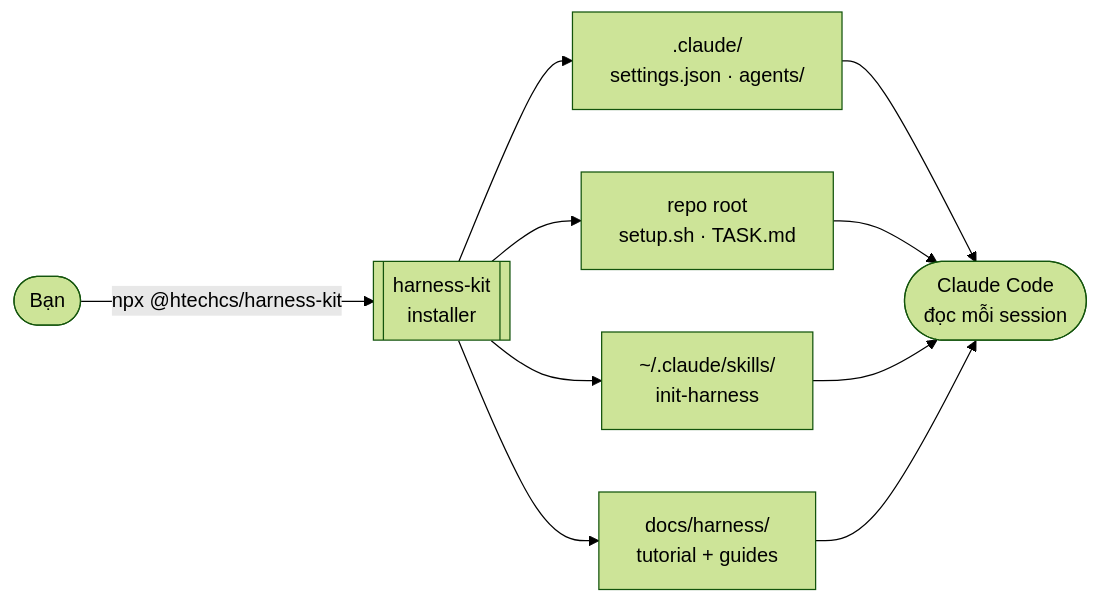
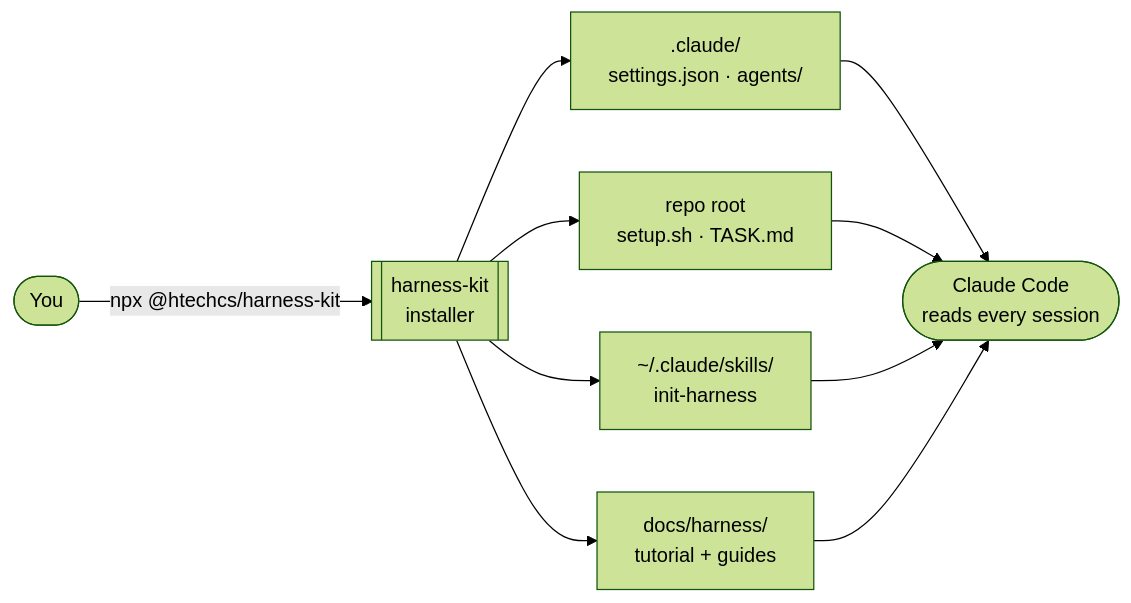
Before and after one commit to HoangTechCS-AIE/harness-kit: the first of 2 diagrams in README.md, drawn with Mermaid (forest theme). The commit also changed other lines of this file and 2 other files, not shown here.

````diff
--- a/README.md
+++ b/README.md
@@ -27,12 +28,12 @@
 ```mermaid
 flowchart LR
-    D([Bạn]) -->|"npx @htechcs/harness-kit"| I[["harness-kit<br/>installer"]]
+    D([You]) -->|"npx @htechcs/harness-kit"| I[["harness-kit<br/>installer"]]
     I --> R1[".claude/<br/>settings.json · agents/"]
     I --> R2["repo root<br/>setup.sh · TASK.md"]
     I --> R3["~/.claude/skills/<br/>init-harness"]
     I --> R4["docs/harness/<br/>tutorial + guides"]
-    R1 --> A([Claude Code<br/>đọc mỗi session])
+    R1 --> A([Claude Code<br/>reads every session])
     R2 --> A
     R3 --> A
     R4 --> A
 ```
````
